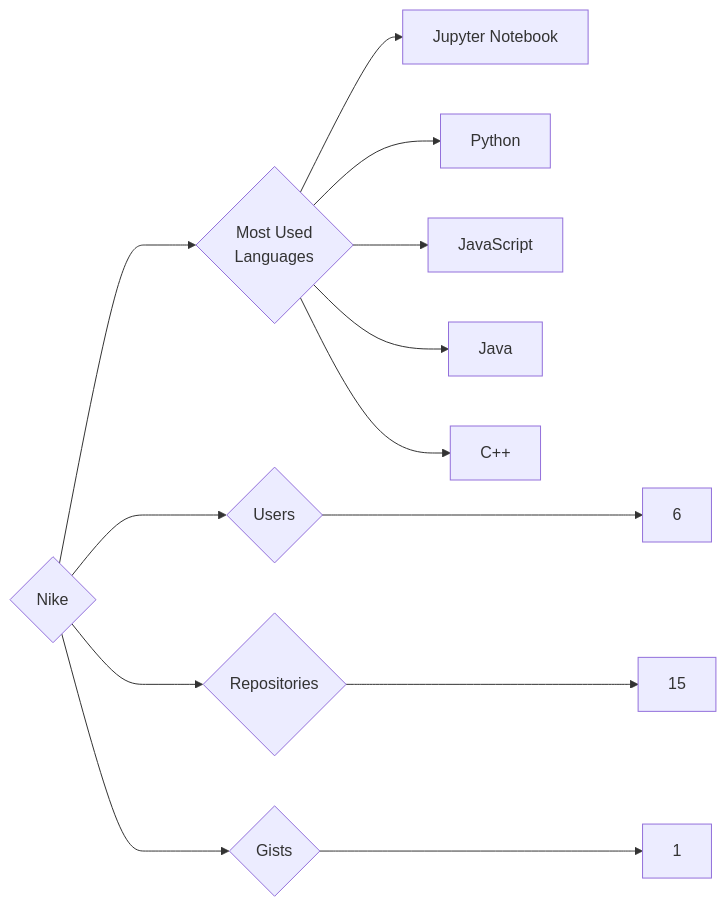
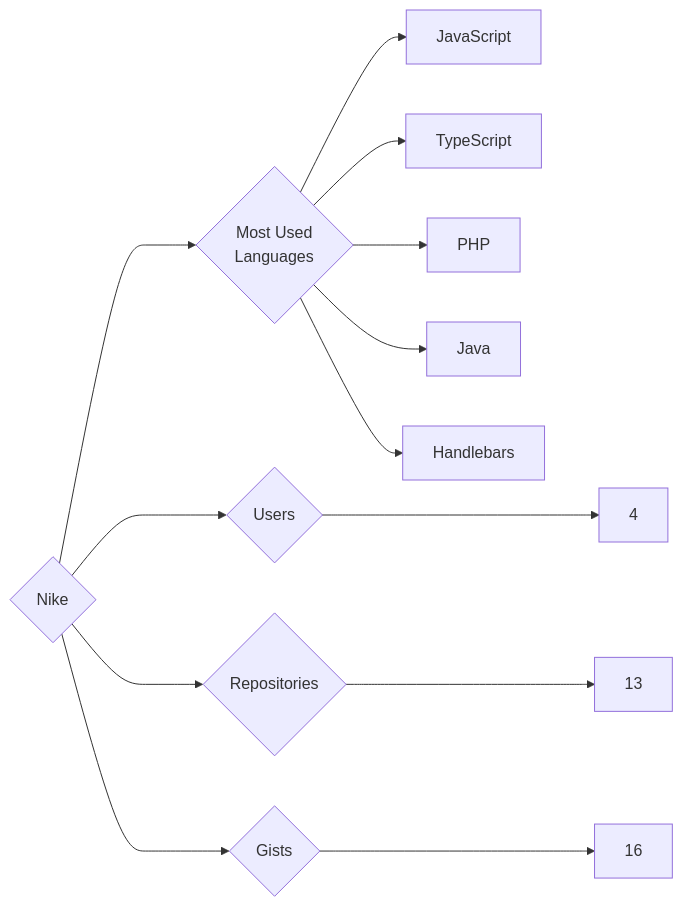
Before and after one commit to trickest/insiders: the diagram in targets/Nike/README.md, drawn with Mermaid. The commit also changed 1484 other files, not shown here.

````diff
--- a/targets/Nike/README.md
+++ b/targets/Nike/README.md
@@ -3,13 +3,13 @@
 ```mermaid
 graph LR
 COMPANY_NAME{Nike}
-COMPANY_NAME ---> U{Users} ---> UN[6]
-COMPANY_NAME ---> R{Repositories} ---> RN[15]
-COMPANY_NAME ---> G{Gists} ---> GN[1]
+COMPANY_NAME ---> U{Users} ---> UN[4]
+COMPANY_NAME ---> R{Repositories} ---> RN[13]
+COMPANY_NAME ---> G{Gists} ---> GN[16]
 COMPANY_NAME ---> ML{Most Used<br>Languages}
-ML --> Jupyter_Notebook[Jupyter Notebook]
-ML --> Python[Python]
 ML --> JavaScript[JavaScript]
+ML --> TypeScript[TypeScript]
+ML --> PHP[PHP]
 ML --> Java[Java]
-ML --> C++[C++]
+ML --> Handlebars[Handlebars]
 ```
````
